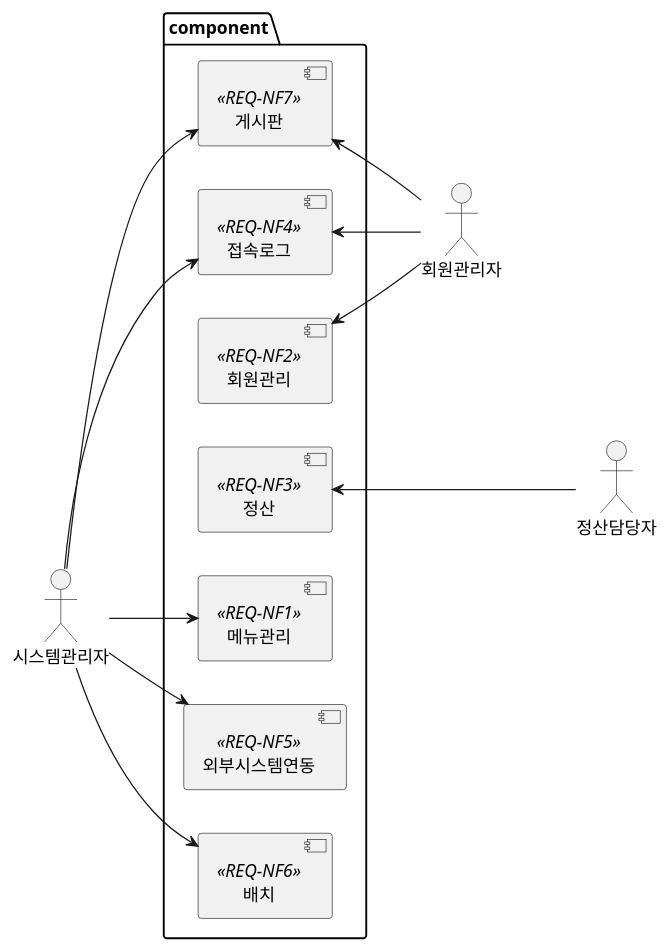
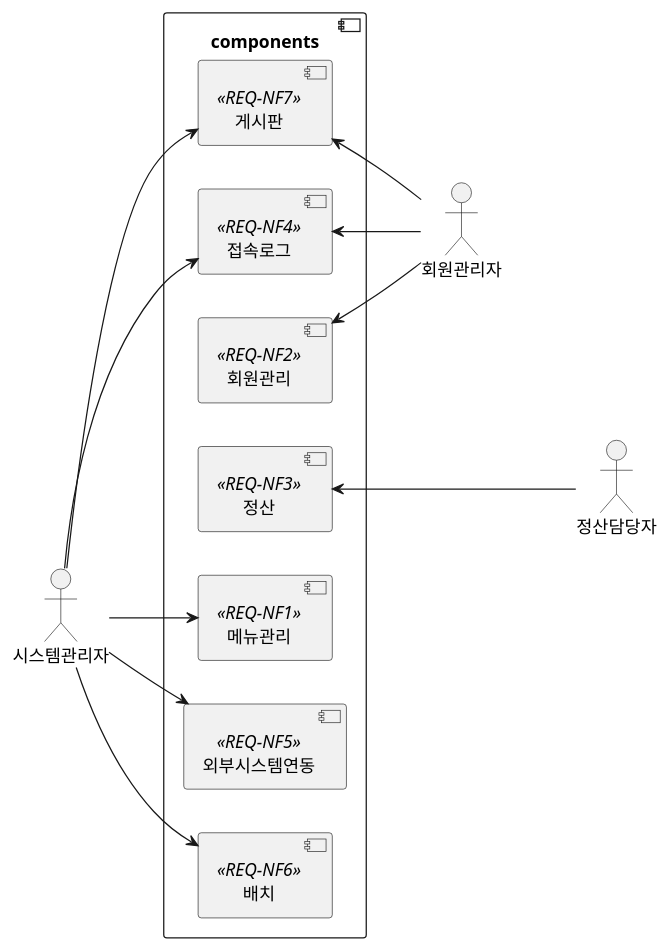
Before and after one commit to ohhoonim/lms: the sixth of 7 diagrams in README.md, drawn with PlantUML. The commit also changed other lines of this file and 15 other files, not shown here.

````diff
--- a/README.md
+++ b/README.md
@@ -133,27 +136,27 @@
 ```plantuml
 @startuml
 left to right direction
-package component {
+component components {
     [메뉴관리] <<REQ-NF1>>
     [회원관리] <<REQ-NF2>>
     [정산] <<REQ-NF3>>
     [접속로그] <<REQ-NF4>>
     [외부시스템연동] <<REQ-NF5>>
     [배치] <<REQ-NF6>>
     [게시판] <<REQ-NF7>>
 }
 
 :시스템관리자: --> [메뉴관리]
 :시스템관리자: --> [접속로그]
 :시스템관리자: --> [외부시스템연동]
 :시스템관리자: --> [배치]
 :시스템관리자: --> [게시판]
 
 :정산담당자: --up-> [정산]
 
 :회원관리자: -up-> [회원관리]
 :회원관리자: -up-> [접속로그]
 :회원관리자: -up-> [게시판]
 
 @enduml
 ```
````
